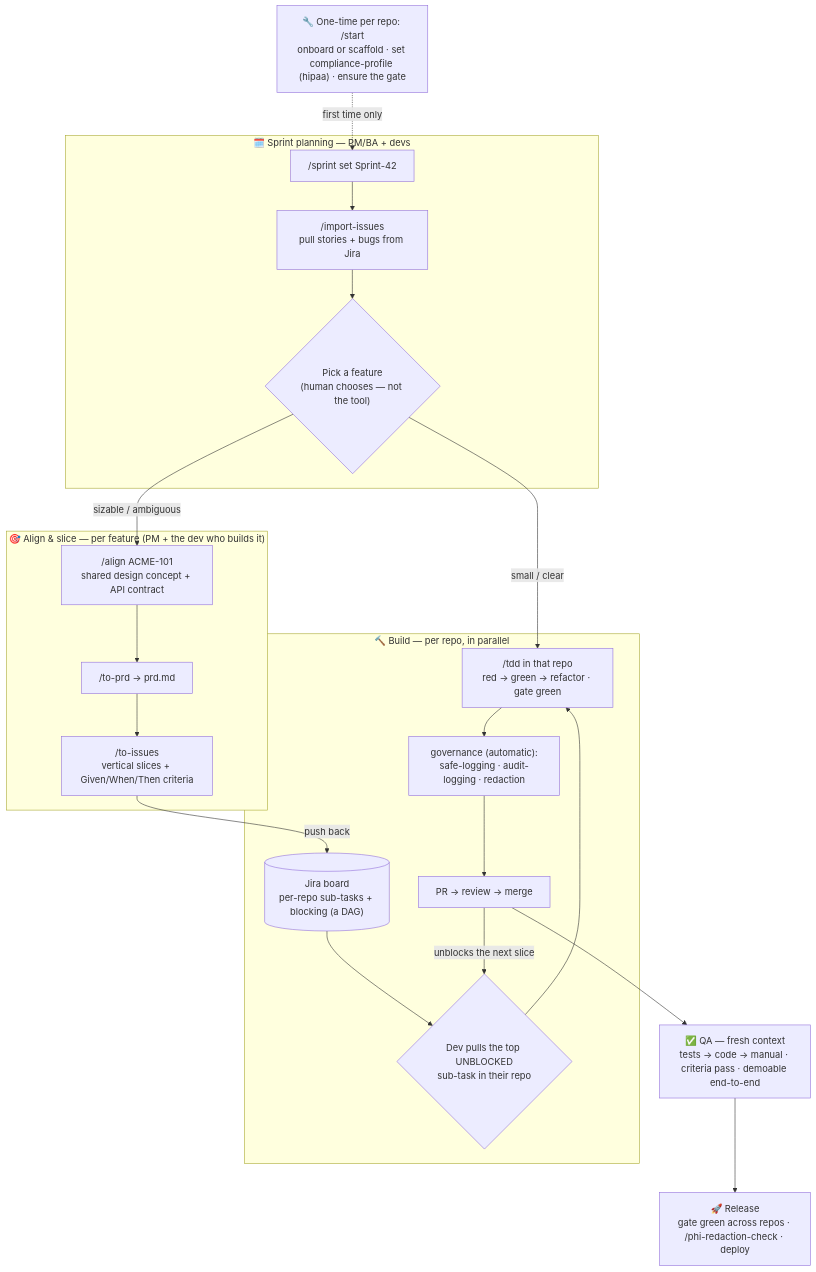
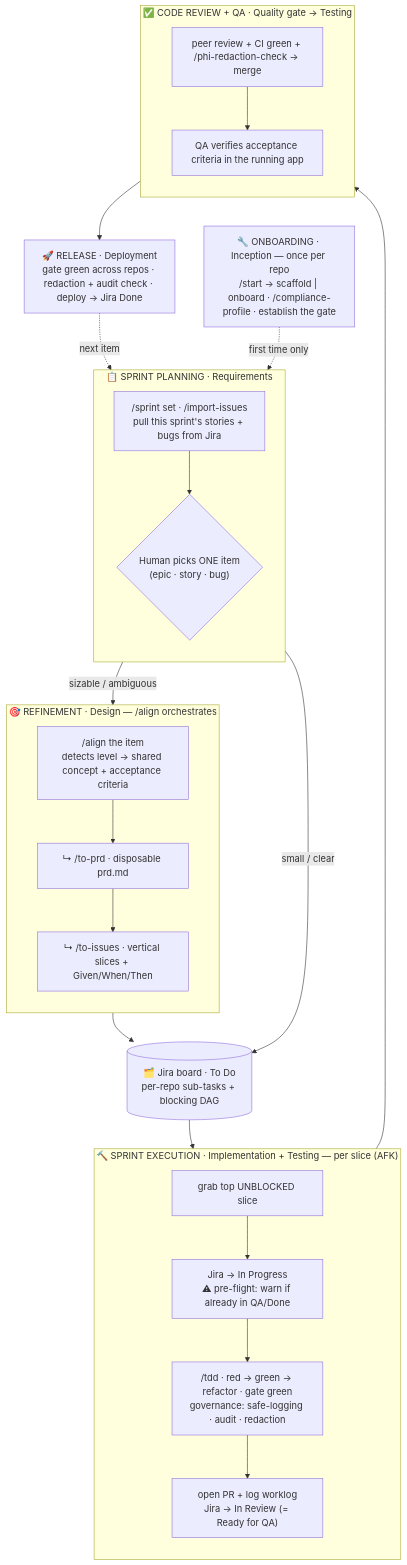
One commit to Mindbowser/health-harness changed the diagram in README.md. Above: the diagram before and after it, drawn with Mermaid. The commit also changed other lines of this file, not shown here.

Commit message:
docs(readme): rework the flow diagram around Agile ceremonies + SDLC phases
The old diagram showed /align → /to-prd → /to-issues as separate manual
steps and predated the lifecycle/worklog/wall work. Align it with
COMMANDS.md's cleaner model:
- Human picks an item; /align orchestrates PRD + slicing (two-verb model).
- Lanes labelled by Agile ceremony (planning / refinement / execution /
  review+QA / release) and SDLC phase.
- Show the Jira lifecycle (To Do → In Progress → In Review → Done),
  the pre-flight QA/Done warning, and the worklog step.
- Note the wall gates outward actions across every lane.
Method table gains an SDLC column + the two-verb note. Docs only.

````diff
--- a/README.md
+++ b/README.md
@@ -33,31 +37,42 @@
 ```mermaid
 flowchart TD
-    SETUP["🔧 One-time per repo: /start<br/>onboard or scaffold · set compliance-profile (hipaa) · ensure the gate"]
-    SETUP -.->|first time only| S
+    SETUP["🔧 ONBOARDING · Inception — once per repo<br/>/start → scaffold | onboard · /compliance-profile · establish the gate"]
 
-    subgraph PLAN["🗓️ Sprint planning — PM/BA + devs"]
-        S["/sprint set Sprint-42"] --> IMP["/import-issues<br/>pull stories + bugs from Jira"]
-        IMP --> PICK{"Pick a feature<br/>(human chooses — not the tool)"}
+    subgraph PLAN["📋 SPRINT PLANNING · Requirements"]
+        direction TB
+        SP["/sprint set · /import-issues<br/>pull this sprint's stories + bugs from Jira"] --> PICK{"Human picks ONE item<br/>(epic · story · bug)"}
     end
 
-    PICK -->|small / clear| TDD
-    PICK -->|sizable / ambiguous| ALIGN
-
-    subgraph LOOP["🎯 Align & slice — per feature (PM + the dev who builds it)"]
-        ALIGN["/align ACME-101<br/>shared design concept + API contract"] --> PRD["/to-prd → prd.md"]
-        PRD --> ISS["/to-issues<br/>vertical slices + Given/When/Then criteria"]
+    subgraph REFINE["🎯 REFINEMENT · Design — /align orchestrates"]
+        direction TB
+        AL["/align the item<br/>detects level → shared concept + acceptance criteria"]
+        AL --> AP["↳ /to-prd · disposable prd.md"]
+        AP --> AS["↳ /to-issues · vertical slices + Given/When/Then"]
     end
 
-    ISS -->|push back| JIRA[("Jira board<br/>per-repo sub-tasks + blocking (a DAG)")]
+    JIRA[("🗂️ Jira board · To Do<br/>per-repo sub-tasks + blocking DAG")]
 
-    subgraph BLD["🔨 Build — per repo, in parallel"]
-        JIRA --> GRAB{"Dev pulls the top UNBLOCKED<br/>sub-task in their repo"}
-        GRAB --> TDD["/tdd in that repo<br/>red → green → refactor · gate green"]
-        TDD --> GOV["governance (automatic):<br/>safe-logging · audit-logging · redaction"]
-        GOV --> PR["PR → review → merge"]
-        PR -->|unblocks the next slice| GRAB
+    subgraph BUILD["🔨 SPRINT EXECUTION · Implementation + Testing — per slice (AFK)"]
+        direction TB
+        GRAB["grab top UNBLOCKED slice"] --> WIP["Jira → In Progress<br/>⚠ pre-flight: warn if already in QA/Done"]
+        WIP --> TDD["/tdd · red → green → refactor · gate green<br/>governance: safe-logging · audit · redaction"]
+        TDD --> PRW["open PR + log worklog<br/>Jira → In Review (= Ready for QA)"]
     end
 
-    PR --> QA["✅ QA — fresh context<br/>tests → code → manual · criteria pass · demoable end-to-end"]
-    QA --> REL["🚀 Release<br/>gate green across repos · /phi-redaction-check · deploy"]
+    subgraph VERIFY["✅ CODE REVIEW + QA · Quality gate → Testing"]
+        direction TB
+        CR["peer review + CI green + /phi-redaction-check → merge"]
+        CR --> QA["QA verifies acceptance criteria in the running app"]
+    end
+
+    REL["🚀 RELEASE · Deployment<br/>gate green across repos · redaction + audit check · deploy → Jira Done"]
+
+    SETUP -.->|first time only| PLAN
+    PICK -->|sizable / ambiguous| REFINE
+    PICK -->|small / clear| JIRA
+    REFINE --> JIRA
+    JIRA --> BUILD
+    PRW --> VERIFY
+    QA --> REL
+    REL -.->|next item| PICK
 ```
````
